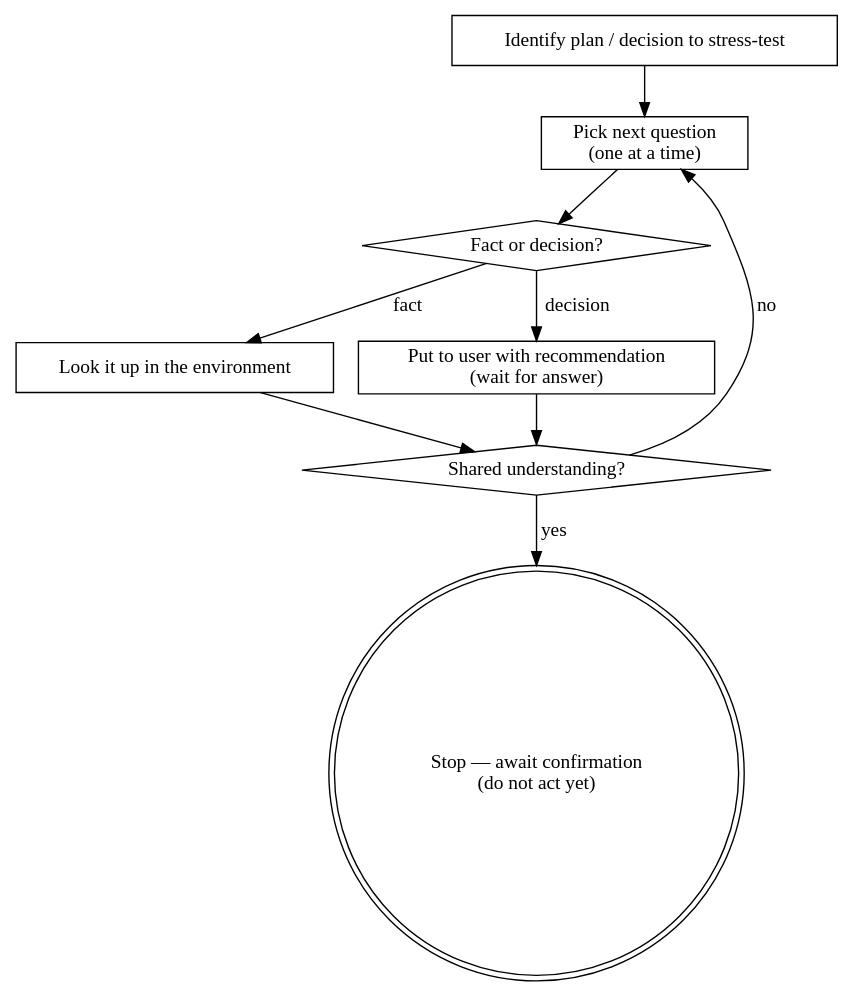
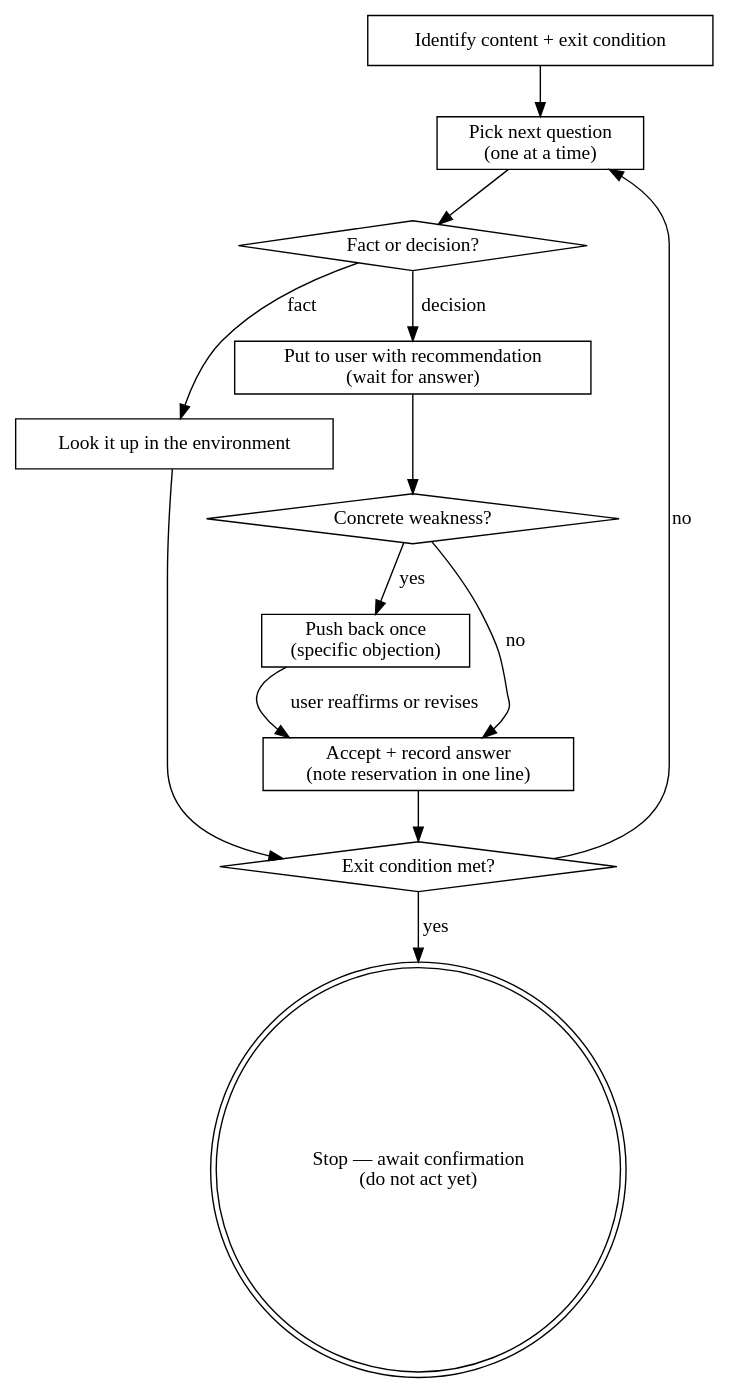
The diagram in skills/hamilton-grilling/SKILL.md (caiorcferreira/hamilton), drawn with Graphviz before and after one commit. The commit also changed other lines of this file, not shown here.

Commit message:
feat(grilling): add challenge-then-yield posture and invocation contract
Grilling now evaluates every answer, pushes back once on a concrete
weakness, and yields after one reaffirmation — the user owns decisions.
A declared invocation contract (content + exit condition) formalizes the
interface propose, critique, and wayfinder already call.

Action 4 of wayfinder-skills-action-plan.md.

Claude-Session: https://claude.ai/code/session_016QEiFwULPjcX4Q5RQkDWY7

````diff
--- a/skills/hamilton-grilling/SKILL.md
+++ b/skills/hamilton-grilling/SKILL.md
@@ -18,20 +26,27 @@
 ```dot
 digraph hamilton_grilling {
-    "Identify plan / decision to stress-test" [shape=box];
+    "Identify content + exit condition" [shape=box];
     "Pick next question\n(one at a time)" [shape=box];
     "Fact or decision?" [shape=diamond];
     "Look it up in the environment" [shape=box];
     "Put to user with recommendation\n(wait for answer)" [shape=box];
-    "Shared understanding?" [shape=diamond];
+    "Concrete weakness?" [shape=diamond];
+    "Push back once\n(specific objection)" [shape=box];
+    "Accept + record answer\n(note reservation in one line)" [shape=box];
+    "Exit condition met?" [shape=diamond];
     "Stop — await confirmation\n(do not act yet)" [shape=doublecircle];
 
-    "Identify plan / decision to stress-test" -> "Pick next question\n(one at a time)";
+    "Identify content + exit condition" -> "Pick next question\n(one at a time)";
     "Pick next question\n(one at a time)" -> "Fact or decision?";
     "Fact or decision?" -> "Look it up in the environment" [label="fact"];
     "Fact or decision?" -> "Put to user with recommendation\n(wait for answer)" [label="decision"];
-    "Look it up in the environment" -> "Shared understanding?";
-    "Put to user with recommendation\n(wait for answer)" -> "Shared understanding?";
-    "Shared understanding?" -> "Pick next question\n(one at a time)" [label="no"];
-    "Shared understanding?" -> "Stop — await confirmation\n(do not act yet)" [label="yes"];
+    "Look it up in the environment" -> "Exit condition met?";
+    "Put to user with recommendation\n(wait for answer)" -> "Concrete weakness?";
+    "Concrete weakness?" -> "Push back once\n(specific objection)" [label="yes"];
+    "Concrete weakness?" -> "Accept + record answer\n(note reservation in one line)" [label="no"];
+    "Push back once\n(specific objection)" -> "Accept + record answer\n(note reservation in one line)" [label="user reaffirms or revises"];
+    "Accept + record answer\n(note reservation in one line)" -> "Exit condition met?";
+    "Exit condition met?" -> "Pick next question\n(one at a time)" [label="no"];
+    "Exit condition met?" -> "Stop — await confirmation\n(do not act yet)" [label="yes"];
 }
 ```
````
